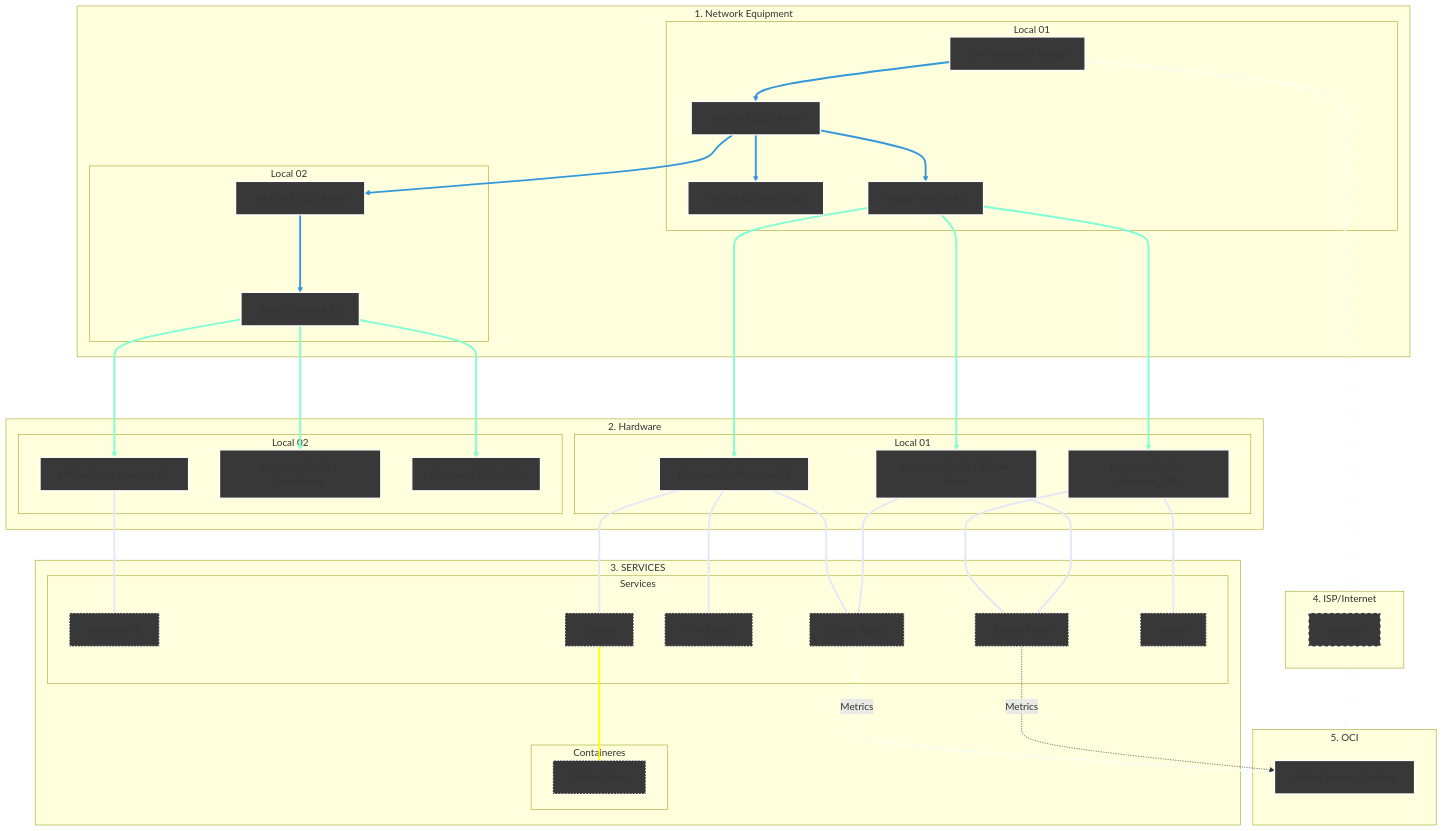
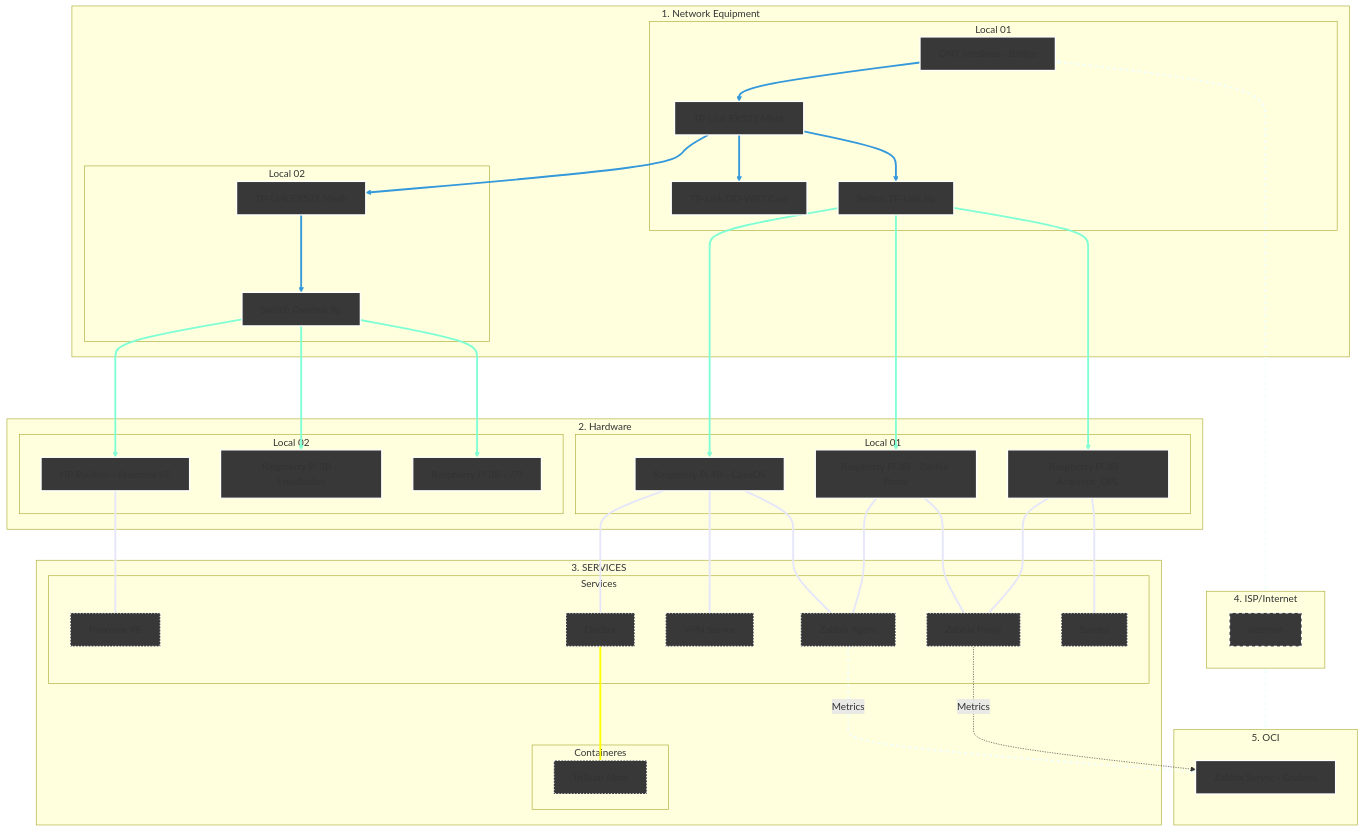
Before and after one commit to kevindexter22/Dr-Hardware-Autonet: the diagram in Infrastructure/README.md, drawn with Mermaid. The commit also changed other lines of this file, not shown here.

Commit message:
Fix Zabbix Proxy entry for RPi3B_1 in README

````diff
--- a/Infrastructure/README.md
+++ b/Infrastructure/README.md
@@ -13,80 +13,80 @@
 ```mermaid
 graph TD
     %% Styles
     classDef network fill:#383838,stroke:#FFFFFF,stroke-width:2px;
     classDef hardware fill:#383838,stroke:#FFFFFF,stroke-width:2px;
     classDef internet fill:#383838,stroke:#FFFFFF,stroke-width:2px,stroke-dasharray: 5 5;
     classDef services fill:#383838,stroke:#FFFFFF,stroke-width:2px, stroke-dasharray: 2 3;
     classDef oci fill:#383838,stroke:#FFFFFF,stroke-width:2px;
 
     %% 1. NETWORK EQUIPMENT
     subgraph Principal["1. Network Equipment"]
     subgraph S1 [Local 01]
         ONT[ONT Intelbras - Bridge]:::network --> R_Mesh1[TP-Link EX521 Mesh]:::network
         R_Mesh1 --> R_Cams[TP-Link DD-WRT Cam]:::network 
         R_Mesh1 --> SW1[Switch TP-Link 8p]:::network  
     end
     subgraph S2 [Local 02]
         R_Mesh1 --> R_Mesh2[TP-Link EX521 Mesh]:::network
         R_Mesh2 ---> SW2[Switch Overtek 8p]:::network
     end
     end
     
     %% 2. HARDWARE
     subgraph Principal02["2. Hardware"]
     subgraph S3 [Local 01]
         SW1 ---> RPi4B[Raspberry Pi 4B - CasaOS]:::hardware
         SW1 ---> RPi3B_2[Raspberry Pi 3B - Zabbix Proxy]:::hardware
         SW1 ---> RPi3B_1[Raspberry Pi 3B - Arquivos_OPL]:::hardware
     end
     subgraph S4 [Local 02]
         SW2 ---> HP[HP Pavilion - Proxmox VE]:::hardware
         SW2 ---> RPi3B_3[Raspberry Pi 3B - FreeRadius]:::hardware
         SW2 ---> RPi3B_4[Raspberry Pi 3B - ???]:::hardware
     end
     end
 
     %% 3. SERVICES
     subgraph Principal03["3. SERVICES"]
     subgraph S5 [Services];
         HP --- PVE[Proxmox VE]:::services
         RPi4B --- Docker[Docker]:::services     
         RPi4B --- VPN[VPN Server]:::services
         RPi4B --- ZA[Zabbix Agent]:::services
         RPi3B_2 --- ZA[Zabbix Agent]:::services
+        RPi3B_2 --- ZP[Zabbix Proxy]:::services
         RPi3B_1 --- ZP[Zabbix Proxy]:::services
-        RPi3B_2 --- ZP[Zabbix Proxy]:::services
         RPi3B_1 --- SMB1[Samba]:::services
     end
     subgraph S6 [Containeres];
         Docker[Docker] --- Trillium[Trillium Note]:::services
     end
     end
 
     %% 4. Internet (The Bridge)
     subgraph S7 [4. ISP/Internet]
            internet[Internet]:::internet
     end
 
     %% 5. Oracle Cloud Infrastructure
     subgraph S8 [5. OCI]
         ZS[Zabbix Server - Grafana]:::oci
     end
 
     %% Conections of data flow
     ONT <--> S7
     S7 <--> S8
     
     %% Logical conections
     ZA -.-> |Metrics| ZS
     ZP -.-> |Metrics| ZS 
 
     %% --- Set collor on conections ---
     
     linkStyle 0,1,2,3,4 stroke:#3498db,stroke-width:3px;
     linkStyle 5,6,7,8,9,10 stroke:#7FFFD4,stroke-width:3px;
     linkStyle 11,12,13,14,15,16,17,18 stroke:#E6E6FA,stroke-width:3px;
     linkStyle 19 stroke:#FFFF00,stroke-width:3px;
     linkStyle 20,21,22 stroke:#F5FFFA,stroke-width:3px,stroke-dasharray: 5 5;
 
 ```
````
